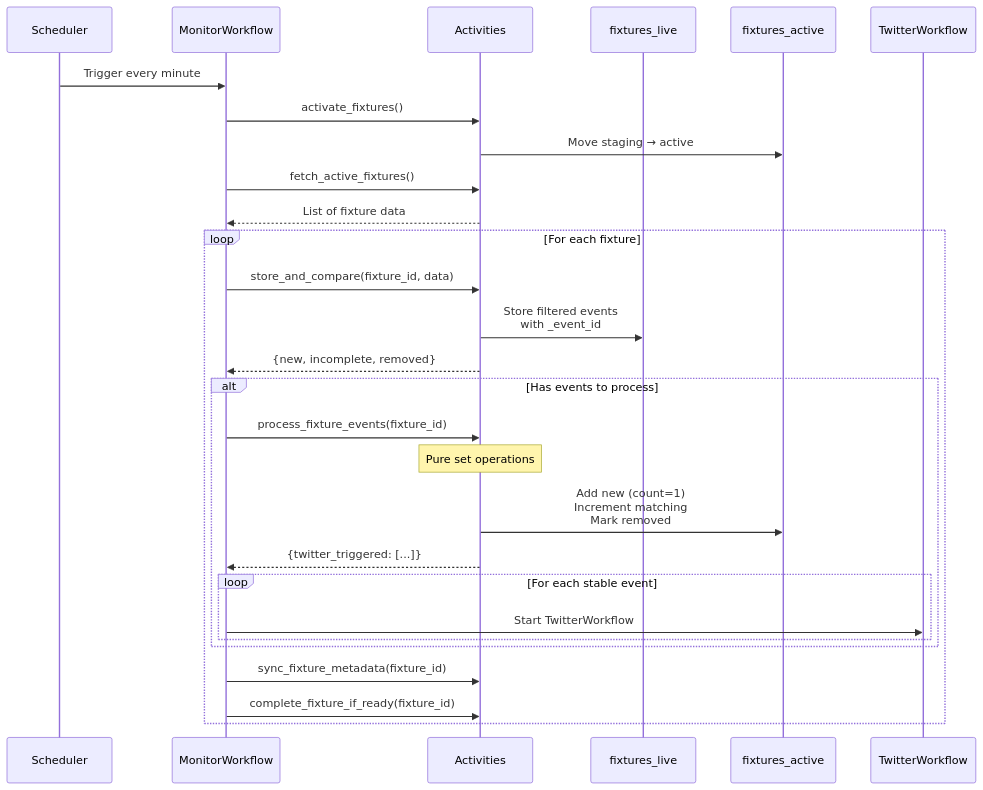
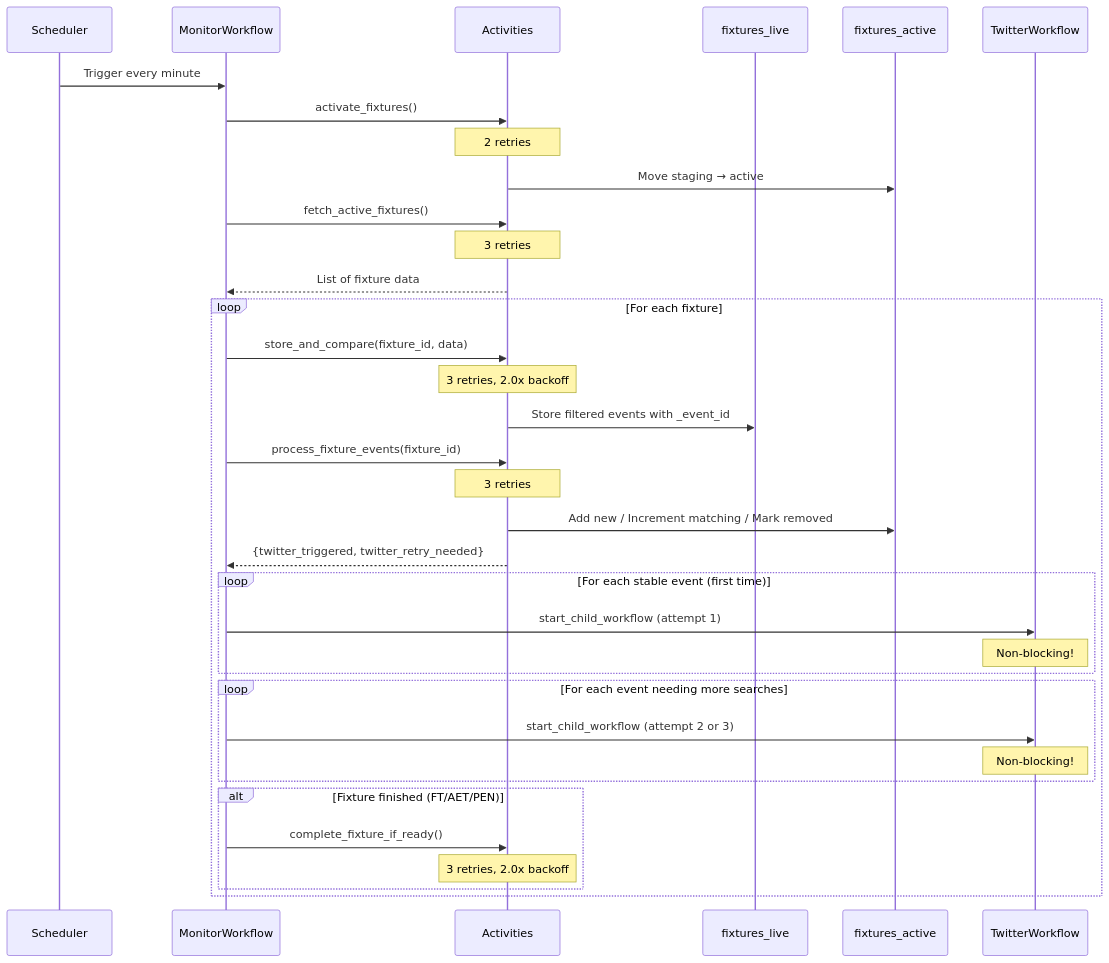
The fourth of 6 diagrams in TEMPORAL_WORKFLOWS.md (vedantadhobley/found-footy), drawn with Mermaid before and after one commit. The commit also changed other lines of this file and 19 other files, not shown here.

````diff
--- a/TEMPORAL_WORKFLOWS.md
+++ b/TEMPORAL_WORKFLOWS.md
@@ -132,37 +143,45 @@
 ```mermaid
 sequenceDiagram
     participant S as Scheduler
     participant MW as MonitorWorkflow
     participant Act as Activities
     participant Live as fixtures_live
     participant Active as fixtures_active
     participant TW as TwitterWorkflow
     
     S->>MW: Trigger every minute
     
     MW->>Act: activate_fixtures()
+    Note over Act: 2 retries
     Act->>Active: Move staging → active
     
     MW->>Act: fetch_active_fixtures()
+    Note over Act: 3 retries
     Act-->>MW: List of fixture data
     
     loop For each fixture
         MW->>Act: store_and_compare(fixture_id, data)
-        Act->>Live: Store filtered events<br/>with _event_id
-        Act-->>MW: {new, incomplete, removed}
+        Note over Act: 3 retries, 2.0x backoff
+        Act->>Live: Store filtered events with _event_id
         
-        alt Has events to process
-            MW->>Act: process_fixture_events(fixture_id)
-            Note over Act: Pure set operations
-            Act->>Active: Add new (count=1)<br/>Increment matching<br/>Mark removed
-            Act-->>MW: {twitter_triggered: [...]}
-            
-            loop For each stable event
-                MW->>TW: Start TwitterWorkflow
-            end
+        MW->>Act: process_fixture_events(fixture_id)
+        Note over Act: 3 retries
+        Act->>Active: Add new / Increment matching / Mark removed
+        Act-->>MW: {twitter_triggered, twitter_retry_needed}
+        
+        loop For each stable event (first time)
+            MW->>TW: start_child_workflow (attempt 1)
+            Note over TW: Non-blocking!
         end
         
-        MW->>Act: sync_fixture_metadata(fixture_id)
-        MW->>Act: complete_fixture_if_ready(fixture_id)
+        loop For each event needing more searches
+            MW->>TW: start_child_workflow (attempt 2 or 3)
+            Note over TW: Non-blocking!
+        end
+        
+        alt Fixture finished (FT/AET/PEN)
+            MW->>Act: complete_fixture_if_ready()
+            Note over Act: 3 retries, 2.0x backoff
+        end
     end
 ```
````
